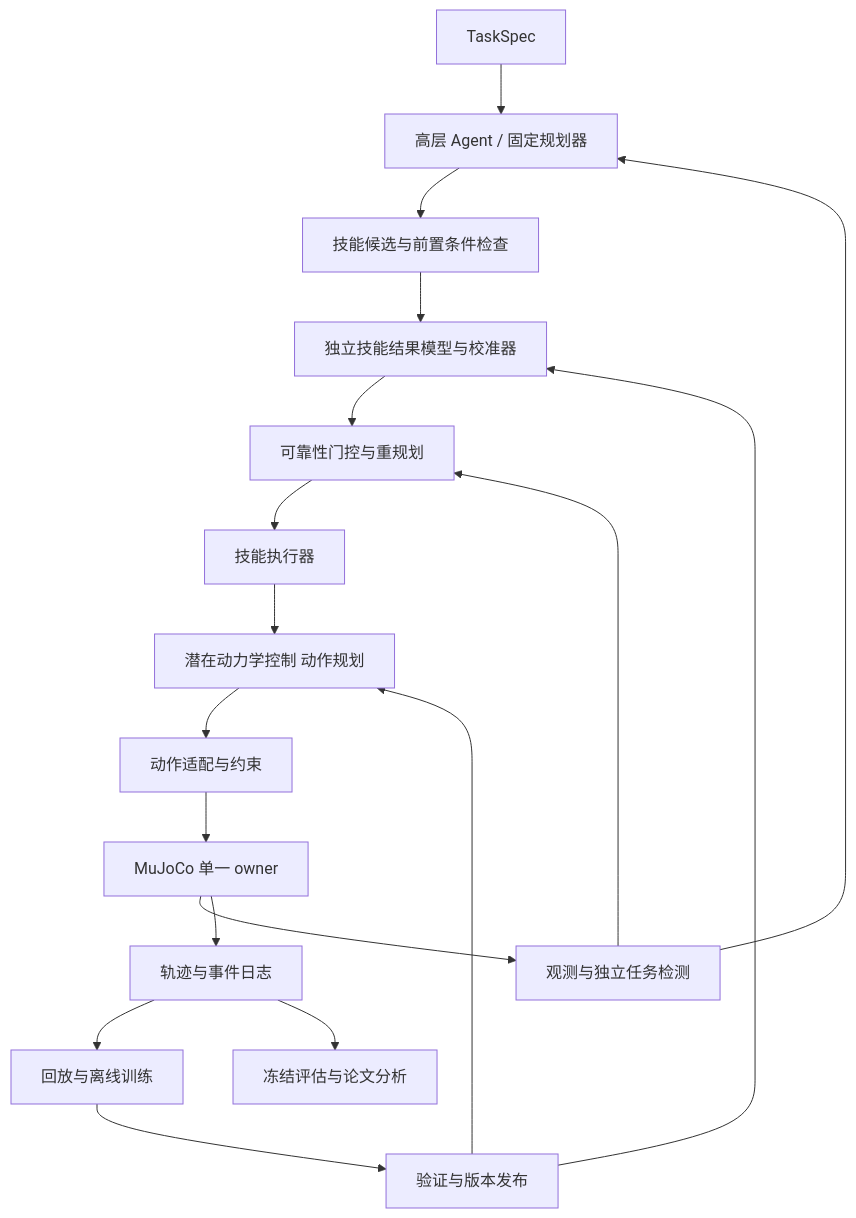
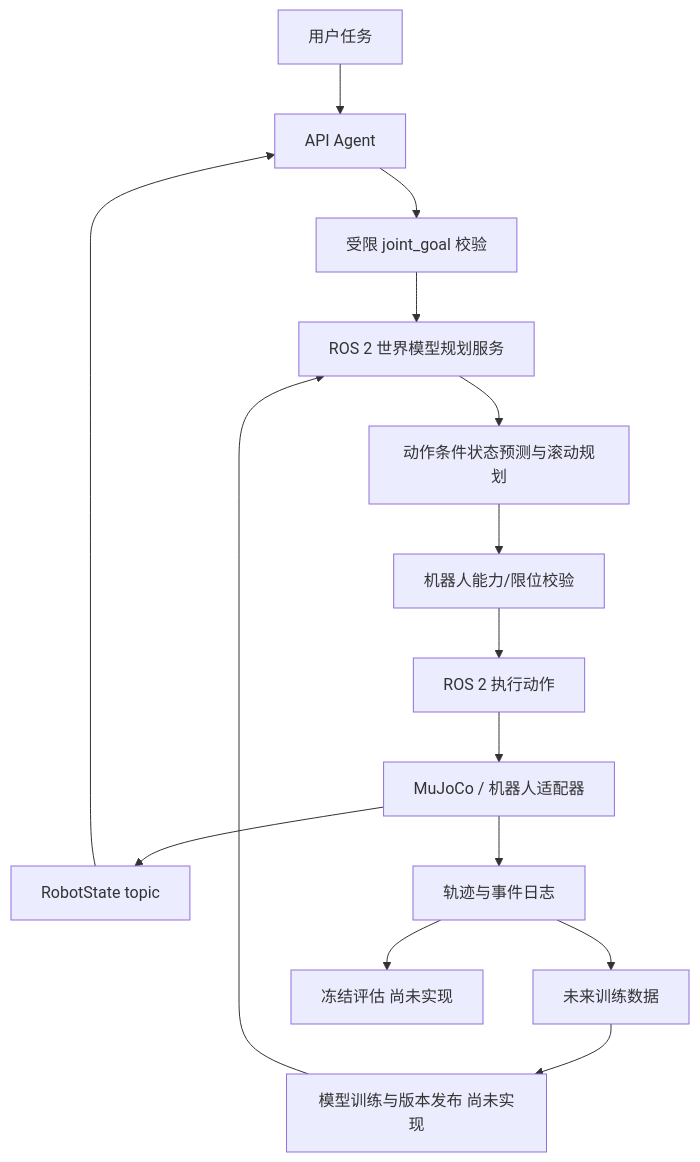
Before and after one commit to KD-CHL/world-model-agent-lab: the first of 3 diagrams in docs/03_architecture.md, drawn with Mermaid. The commit also changed other lines of this file and 22 other files, not shown here.

Commit message:
Harden agent and ROS 2 execution contracts

````diff
--- a/docs/03_architecture.md
+++ b/docs/03_architecture.md
@@ -3,20 +3,17 @@
 ```mermaid
 flowchart TD
- T[TaskSpec] --> A[高层 Agent / 固定规划器]
- A --> C[技能候选与前置条件检查]
- C --> P[独立技能结果模型与校准器]
- P --> G[可靠性门控与重规划]
- G --> S[技能执行器]
- S --> M[潜在动力学控制 动作规划]
- M --> E[动作适配与约束]
- E --> U[MuJoCo 单一 owner]
- U --> O[观测与独立任务检测]
+ T[用户任务] --> A[API Agent]
+ A --> G[受限 joint_goal 校验]
+ G --> P[ROS 2 世界模型规划服务]
+ P --> M[动作条件状态预测与滚动规划]
+ M --> E[机器人能力/限位校验]
+ E --> U[ROS 2 执行动作]
+ U --> S[MuJoCo / 机器人适配器]
+ S --> O[RobotState topic]
  O --> A
- O --> G
- U --> D[轨迹与事件日志]
- D --> L[回放与离线训练]
- L --> V[验证与版本发布]
+ S --> D[轨迹与事件日志]
+ D --> L[未来训练数据]
+ L --> V[模型训练与版本发布 尚未实现]
  V --> P
- V --> M
- D --> R[冻结评估与论文分析]
+ D --> R[冻结评估 尚未实现]
 ```
````
